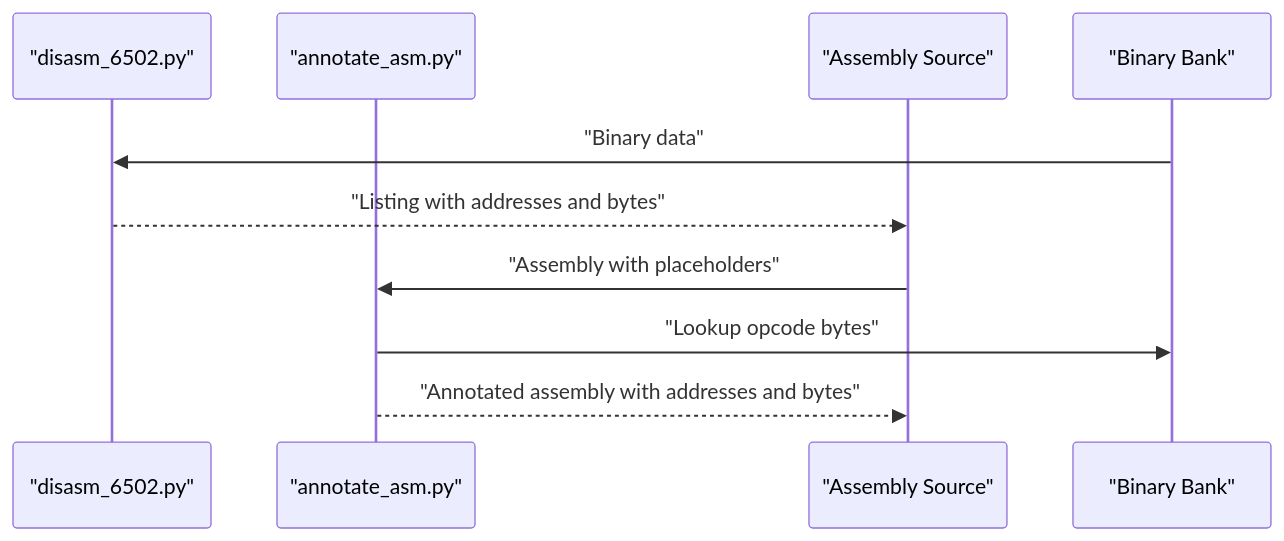
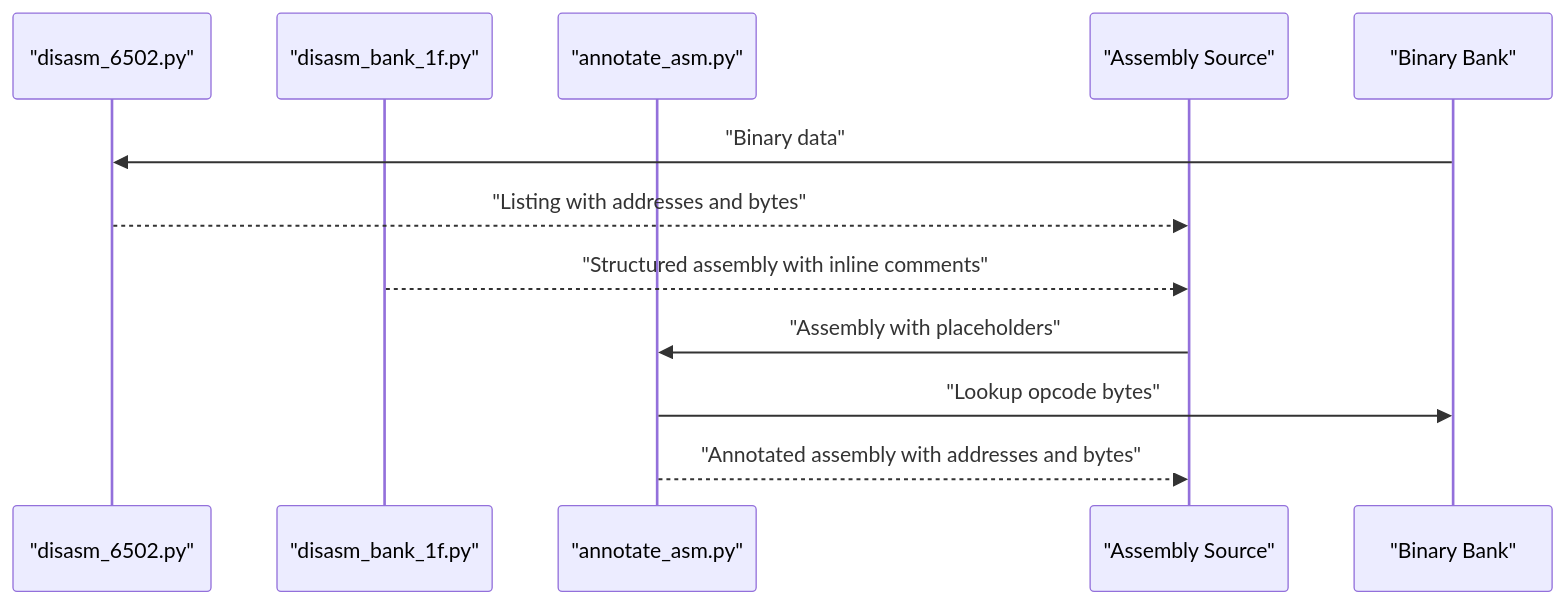
One commit to rabbyzero/sango2dasm changed the fifth of 10 diagrams in .qoder/repowiki/en/content/Build System and Tools/Build System and Tools.md. Above: the diagram before and after it, drawn with Mermaid. The commit also changed other lines of this file and 26 other files, not shown here.

````diff
--- a/.qoder/repowiki/en/content/Build System and Tools/Build System and Tools.md
+++ b/.qoder/repowiki/en/content/Build System and Tools/Build System and Tools.md
@@ -241,12 +257,14 @@
 ```mermaid
 sequenceDiagram
 participant DS as "disasm_6502.py"
+participant DS1F as "disasm_bank_1f.py"
 participant AN as "annotate_asm.py"
 participant ASM as "Assembly Source"
 participant BIN as "Binary Bank"
 BIN->>DS : "Binary data"
 DS-->>ASM : "Listing with addresses and bytes"
+DS1F-->>ASM : "Structured assembly with inline comments"
 ASM->>AN : "Assembly with placeholders"
 AN->>BIN : "Lookup opcode bytes"
 AN-->>ASM : "Annotated assembly with addresses and bytes"
 ```
````
